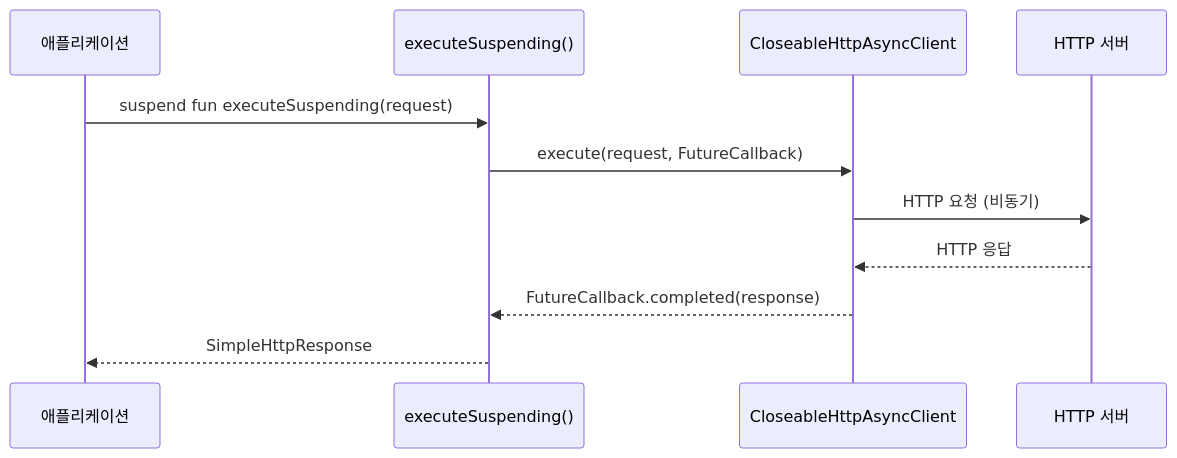
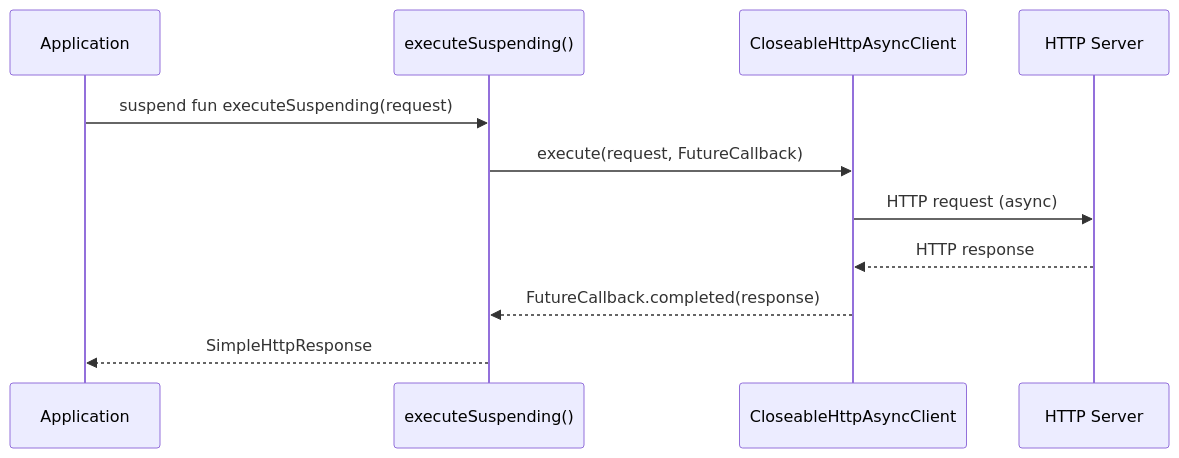
One commit to bluetape4k/bluetape4k-projects changed the third of 3 diagrams in io/http/README.md. Above: the diagram before and after it, drawn with Mermaid. The commit also changed other lines of this file and 265 other files, not shown here.

````diff
--- a/io/http/README.md
+++ b/io/http/README.md
@@ -245,14 +247,14 @@
 ```mermaid
 sequenceDiagram
-    participant App as 애플리케이션
+    participant App as Application
     participant Ext as executeSuspending()
     participant HC5 as CloseableHttpAsyncClient
-    participant Server as HTTP 서버
+    participant Server as HTTP Server
 
     App->>Ext: suspend fun executeSuspending(request)
     Ext->>HC5: execute(request, FutureCallback)
-    HC5->>Server: HTTP 요청 (비동기)
-    Server-->>HC5: HTTP 응답
+    HC5->>Server: HTTP request (async)
+    Server-->>HC5: HTTP response
     HC5-->>Ext: FutureCallback.completed(response)
     Ext-->>App: SimpleHttpResponse
 ```
````
